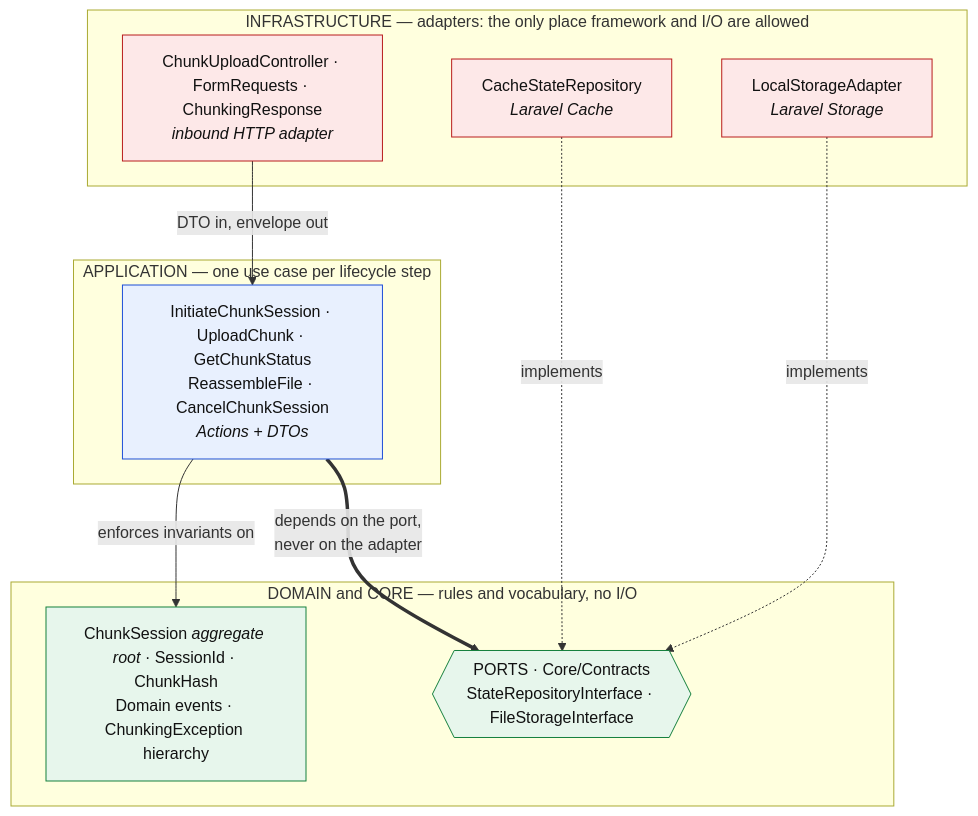
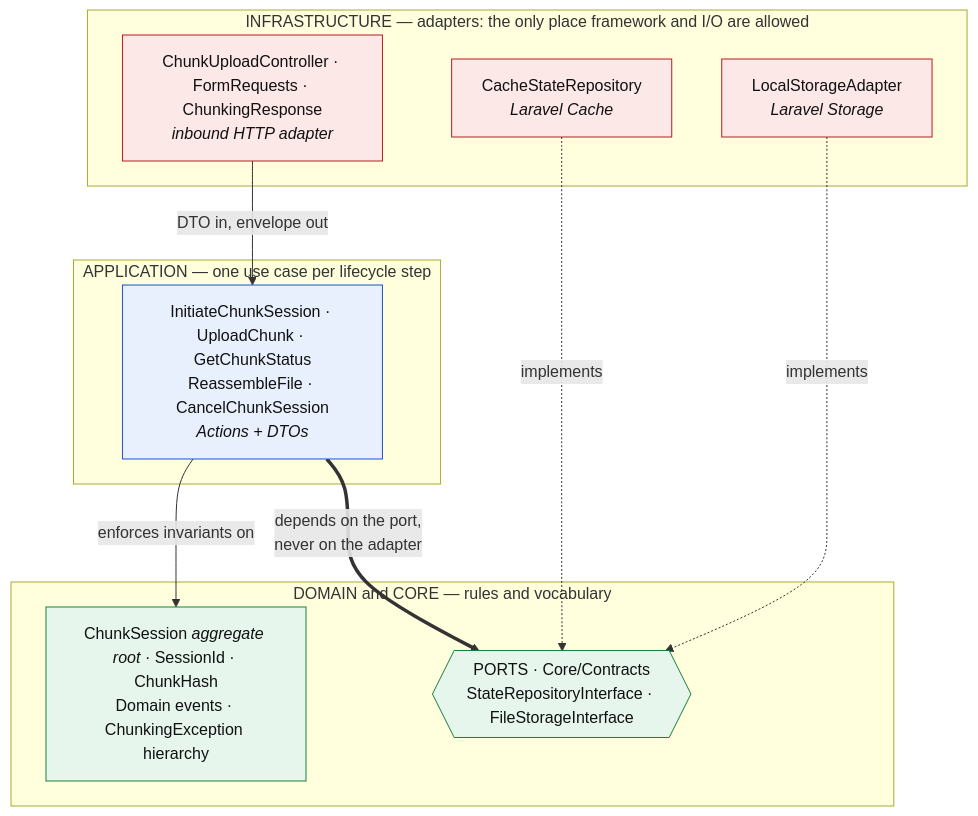
One commit to JuanGuerreroDev/stateful-chunking-package changed the first of 2 diagrams in docs/architecture/README.md. Above: the diagram before and after it, drawn with Mermaid. The commit also changed other lines of this file and 3 other files, not shown here.

````diff
--- a/docs/architecture/README.md
+++ b/docs/architecture/README.md
@@ -29,30 +29,30 @@
 ```mermaid
 graph TD
     subgraph INFRA["INFRASTRUCTURE — adapters: the only place framework and I/O are allowed"]
         CTRL["ChunkUploadController · FormRequests · ChunkingResponse<br/><i>inbound HTTP adapter</i>"]
         CACHE["CacheStateRepository<br/><i>Laravel Cache</i>"]
         DISK["LocalStorageAdapter<br/><i>Laravel Storage</i>"]
     end
 
     subgraph APP["APPLICATION — one use case per lifecycle step"]
         ACT["InitiateChunkSession · UploadChunk · GetChunkStatus<br/>ReassembleFile · CancelChunkSession<br/><i>Actions + DTOs</i>"]
     end
 
-    subgraph CORE["DOMAIN and CORE — rules and vocabulary, no I/O"]
+    subgraph CORE["DOMAIN and CORE — rules and vocabulary"]
         ENT["ChunkSession <i>aggregate root</i> · SessionId · ChunkHash<br/>Domain events · ChunkingException hierarchy"]
         PORTS{{"PORTS · Core/Contracts<br/>StateRepositoryInterface · FileStorageInterface"}}
     end
 
     CTRL -->|"DTO in, envelope out"| ACT
     ACT -->|"enforces invariants on"| ENT
     ACT ==>|"depends on the port,<br/>never on the adapter"| PORTS
     CACHE -.->|implements| PORTS
     DISK -.->|implements| PORTS
 
     classDef infra fill:#fde8e8,stroke:#b91c1c,color:#111
     classDef app fill:#e8f0fe,stroke:#1d4ed8,color:#111
     classDef core fill:#e7f6ec,stroke:#15803d,color:#111
     class CTRL,CACHE,DISK infra
     class ACT app
     class ENT,PORTS core
 ```
````
